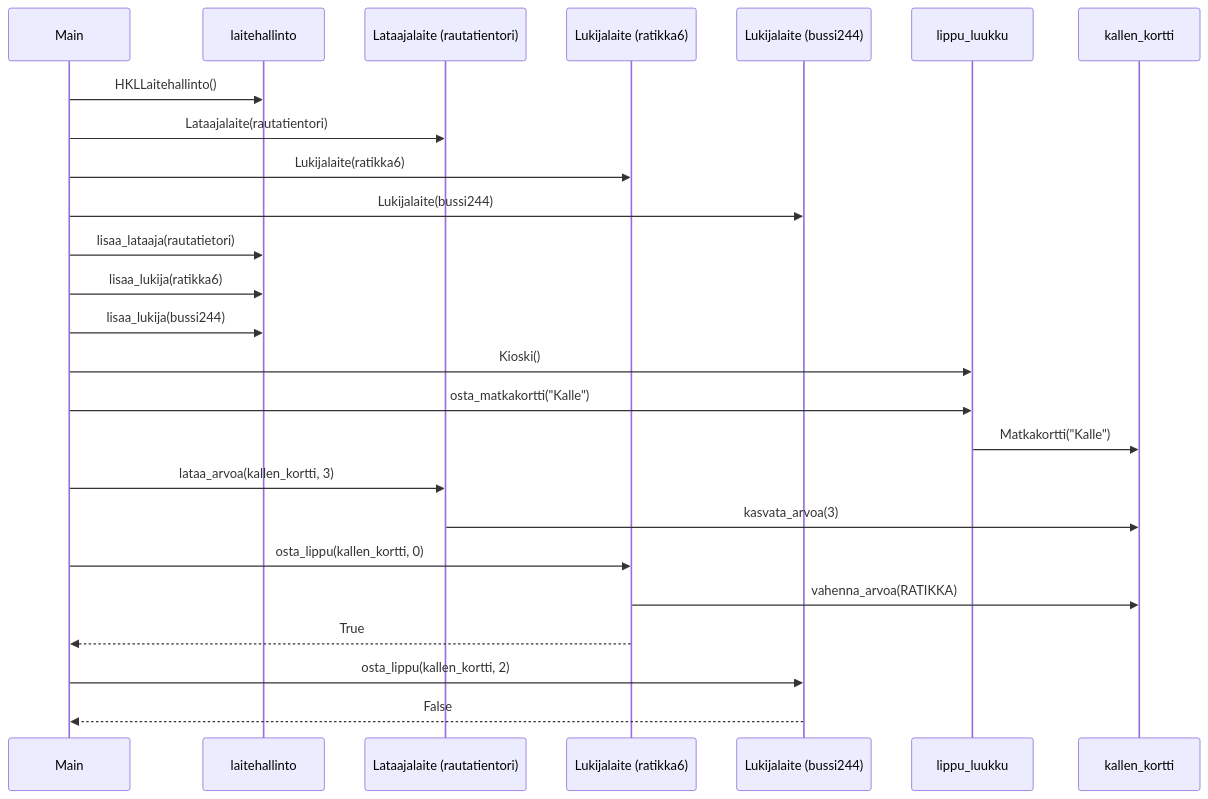
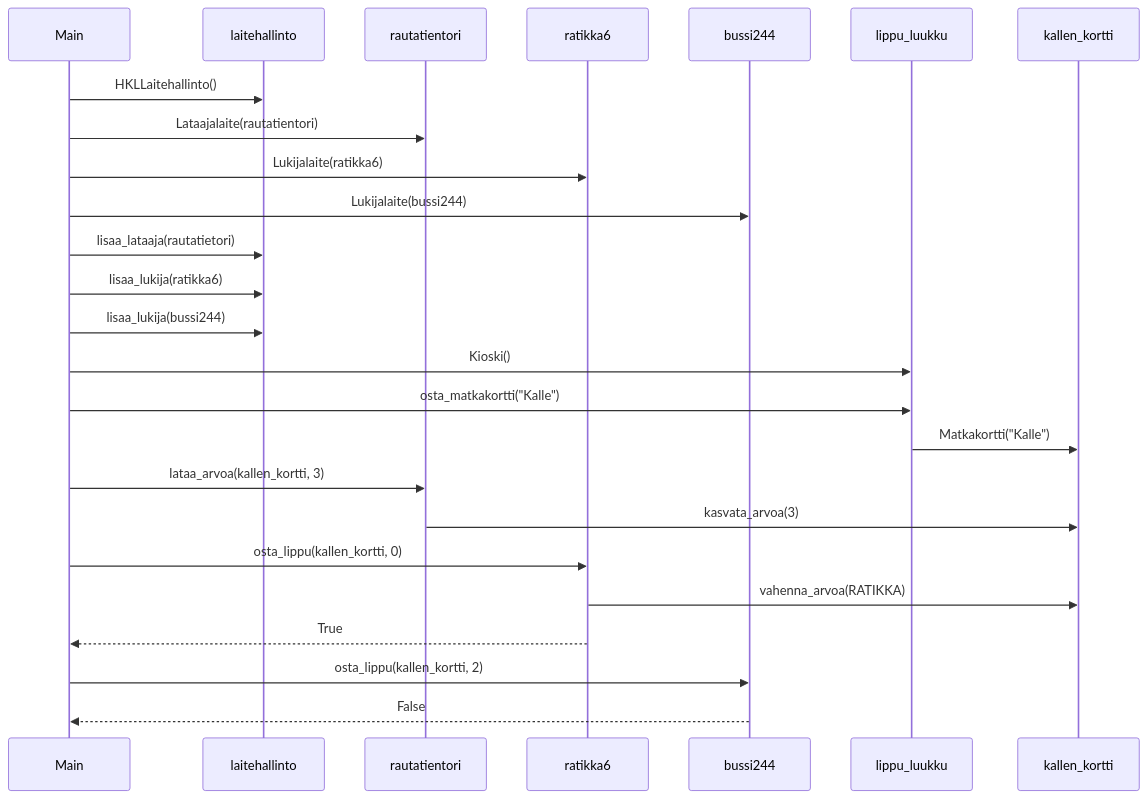
One commit to jtpcode/ot-harjoitustyo changed the diagram in laskarit/viikko3/matkakortti.md. Above: the diagram before and after it, drawn with Mermaid.

Commit message:
Viikko3, tehtävä 2 (fix)

````diff
--- a/laskarit/viikko3/matkakortti.md
+++ b/laskarit/viikko3/matkakortti.md
@@ -3,33 +3,33 @@
 ```mermaid
     sequenceDiagram
     participant Main
     participant laitehallinto
-    participant Lataajalaite (rautatientori)
-    participant Lukijalaite (ratikka6)
-    participant Lukijalaite (bussi244)
+    participant rautatientori
+    participant ratikka6
+    participant bussi244
     participant lippu_luukku
     participant kallen_kortti
     
     Main->>laitehallinto : HKLLaitehallinto()
-    Main->>Lataajalaite (rautatientori): Lataajalaite(rautatientori)
-    Main->>Lukijalaite (ratikka6): Lukijalaite(ratikka6)
-    Main->>Lukijalaite (bussi244): Lukijalaite(bussi244)
+    Main->>rautatientori: Lataajalaite(rautatientori)
+    Main->>ratikka6: Lukijalaite(ratikka6)
+    Main->>bussi244: Lukijalaite(bussi244)
     
     Main->>laitehallinto : lisaa_lataaja(rautatietori)
     Main->>laitehallinto : lisaa_lukija(ratikka6)
     Main->>laitehallinto : lisaa_lukija(bussi244)
     
     Main->>lippu_luukku: Kioski()
     Main->>lippu_luukku: osta_matkakortti("Kalle")
     lippu_luukku->>kallen_kortti: Matkakortti("Kalle")
     
-    Main->>Lataajalaite (rautatientori): lataa_arvoa(kallen_kortti, 3)
-    Lataajalaite (rautatientori)->>kallen_kortti: kasvata_arvoa(3)
+    Main->>rautatientori: lataa_arvoa(kallen_kortti, 3)
+    rautatientori->>kallen_kortti: kasvata_arvoa(3)
     
-    Main->>Lukijalaite (ratikka6): osta_lippu(kallen_kortti, 0)
-    Lukijalaite (ratikka6)->>kallen_kortti: vahenna_arvoa(RATIKKA)
-    Lukijalaite (ratikka6)-->>Main: True
+    Main->>ratikka6: osta_lippu(kallen_kortti, 0)
+    ratikka6->>kallen_kortti: vahenna_arvoa(RATIKKA)
+    ratikka6-->>Main: True
     
-    Main->>Lukijalaite (bussi244): osta_lippu(kallen_kortti, 2)
-    Lukijalaite (bussi244)-->>Main: False
+    Main->>bussi244: osta_lippu(kallen_kortti, 2)
+    bussi244-->>Main: False
 ```
````
